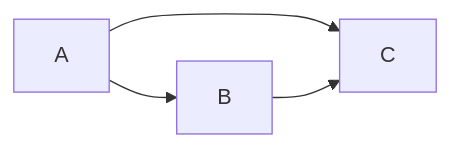
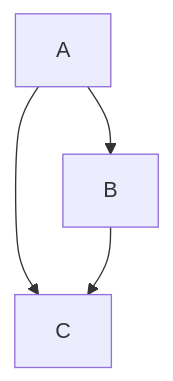
One commit to ShayGali/sp2_ex1 changed diagram 28 of 28 in tests/README.md. Above: the diagram before and after it, drawn with Mermaid. The commit also changed other lines of this file, not shown here.

````diff
--- a/tests/README.md
+++ b/tests/README.md
@@ -391,7 +391,7 @@
 ```mermaid
-graph LR;
+graph TD;
     A --> B;
     A --> C;
     B --> C;
 
 ```
````
